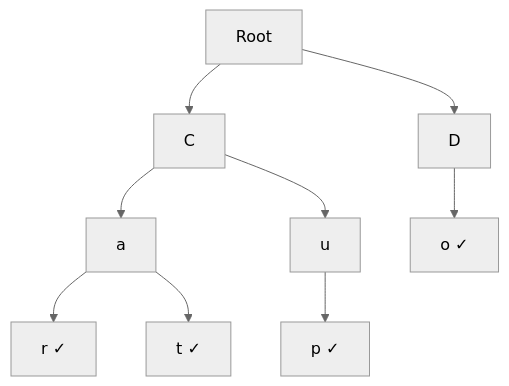
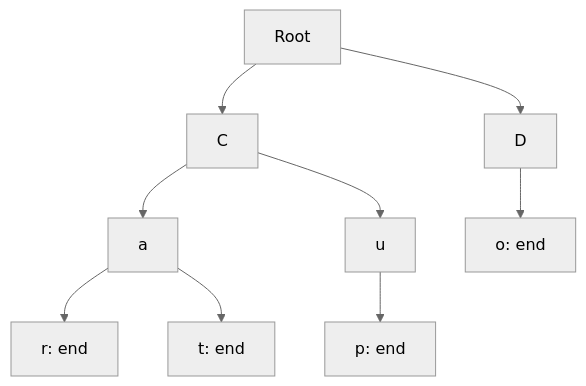
The third of 3 diagrams in ClassNote/Markdown/02-bst-and-heap.md (NL-s/2026-DiscreteMathmatics-JeYoungPark), drawn with Mermaid (neutral theme) before and after one commit. The commit also changed other lines of this file and 4 other files, not shown here.

````diff
--- a/ClassNote/Markdown/02-bst-and-heap.md
+++ b/ClassNote/Markdown/02-bst-and-heap.md
@@ -217,11 +222,11 @@
 ```mermaid
 graph TD
     Root --> C
     Root --> D
     C --> CA[a]
     C --> CU[u]
-    CA --> CAR[r ✓]
-    CA --> CAT[t ✓]
-    CU --> CUP[p ✓]
-    D --> DO[o ✓]
+    CA --> CAR[r: end]
+    CA --> CAT[t: end]
+    CU --> CUP[p: end]
+    D --> DO[o: end]
 ```
````
